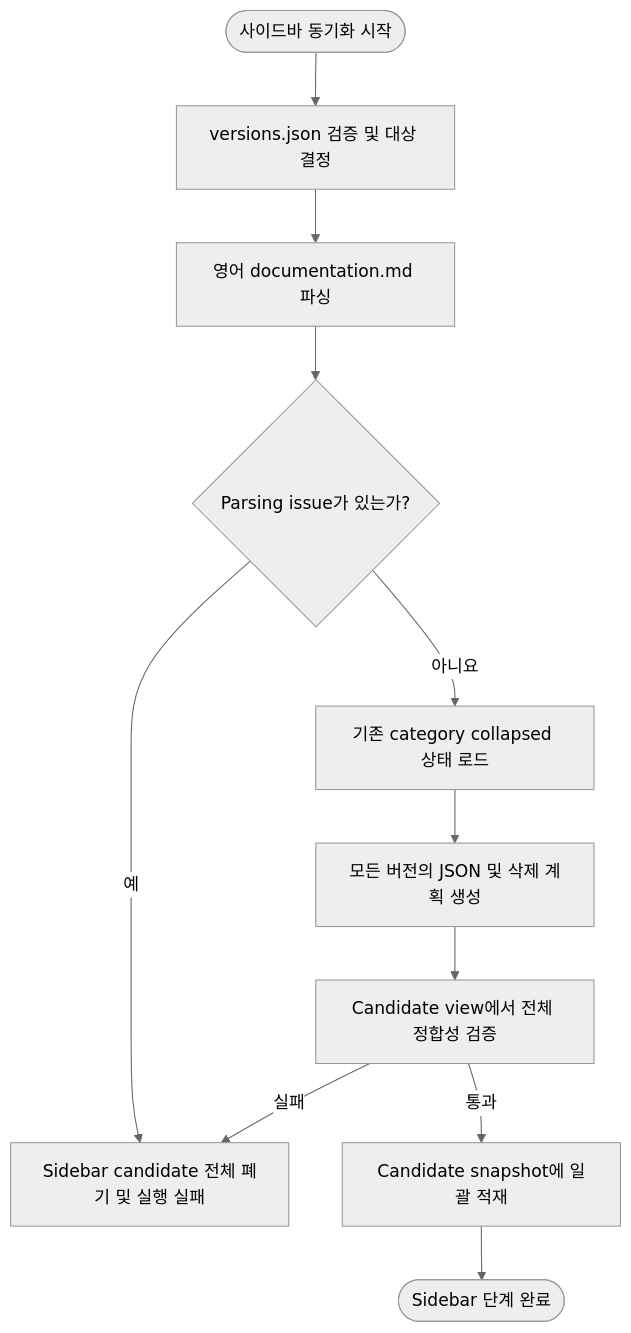
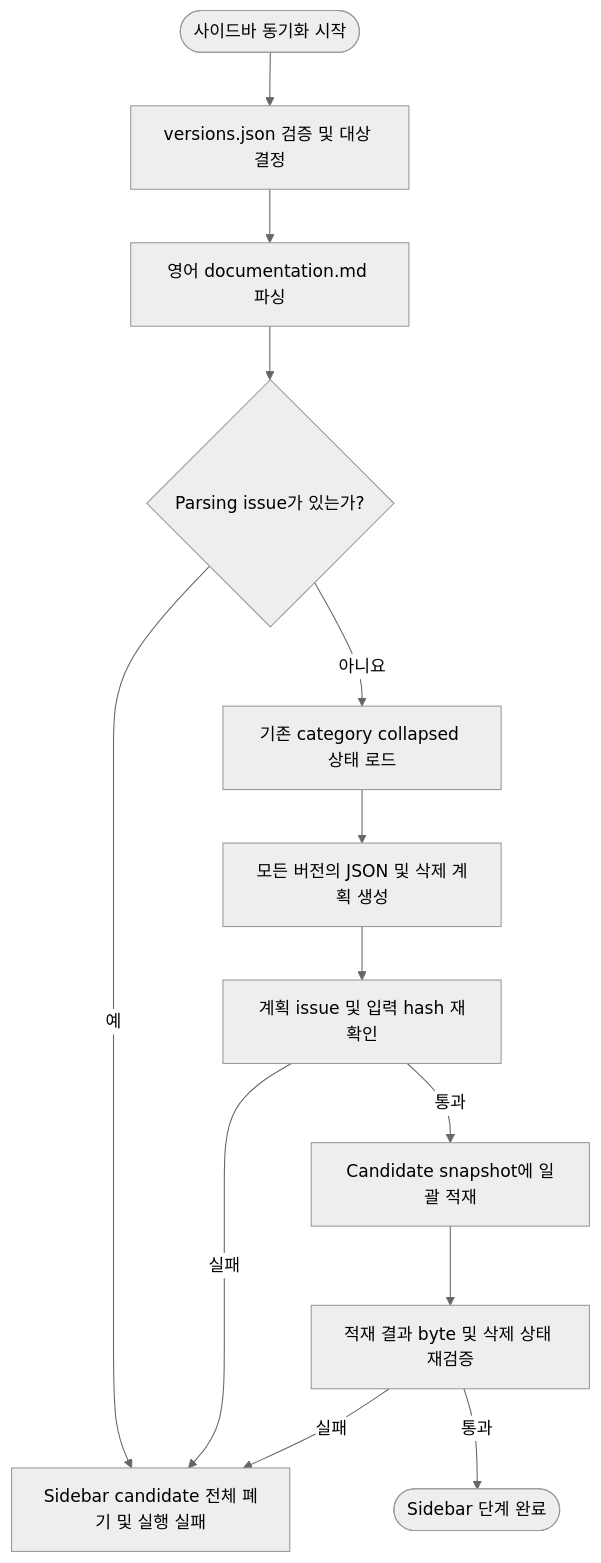
One commit to letsescape/laravel-docs changed the diagram in translation-sync/docs/06-sidebar-sync.md. Above: the diagram before and after it, drawn with Mermaid (neutral theme). The commit also changed other lines of this file and 8 other files, not shown here.

````diff
--- a/translation-sync/docs/06-sidebar-sync.md
+++ b/translation-sync/docs/06-sidebar-sync.md
@@ -10,13 +10,15 @@
 ```mermaid
 flowchart TD
     A([사이드바 동기화 시작]) --> B[versions.json 검증 및 대상 결정]
     B --> C[영어 documentation.md 파싱]
     C --> D{Parsing issue가 있는가?}
     D -- 예 --> X[Sidebar candidate 전체 폐기 및 실행 실패]
     D -- 아니요 --> E[기존 category collapsed 상태 로드]
     E --> F[모든 버전의 JSON 및 삭제 계획 생성]
-    F --> G[Candidate view에서 전체 정합성 검증]
+    F --> G[계획 issue 및 입력 hash 재확인]
     G -- 실패 --> X
     G -- 통과 --> H[Candidate snapshot에 일괄 적재]
-    H --> I([Sidebar 단계 완료])
+    H --> I[적재 결과 byte 및 삭제 상태 재검증]
+    I -- 실패 --> X
+    I -- 통과 --> J([Sidebar 단계 완료])
 ```
````
